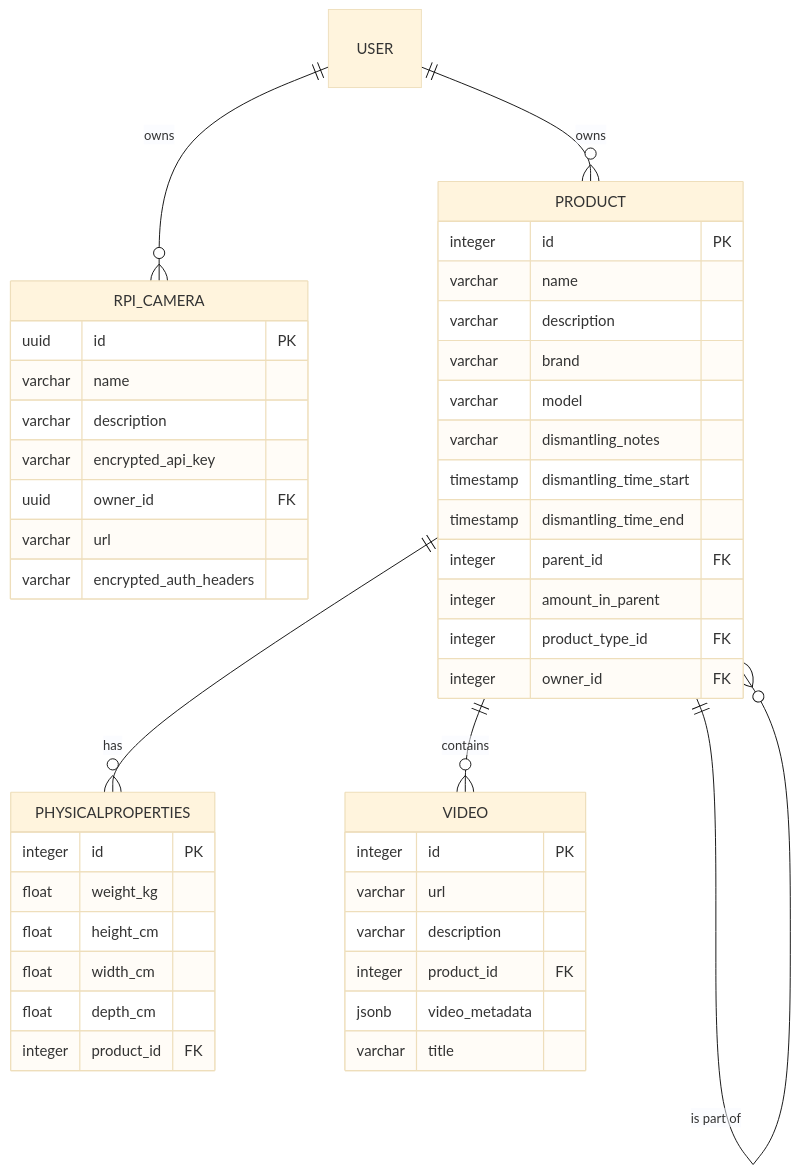
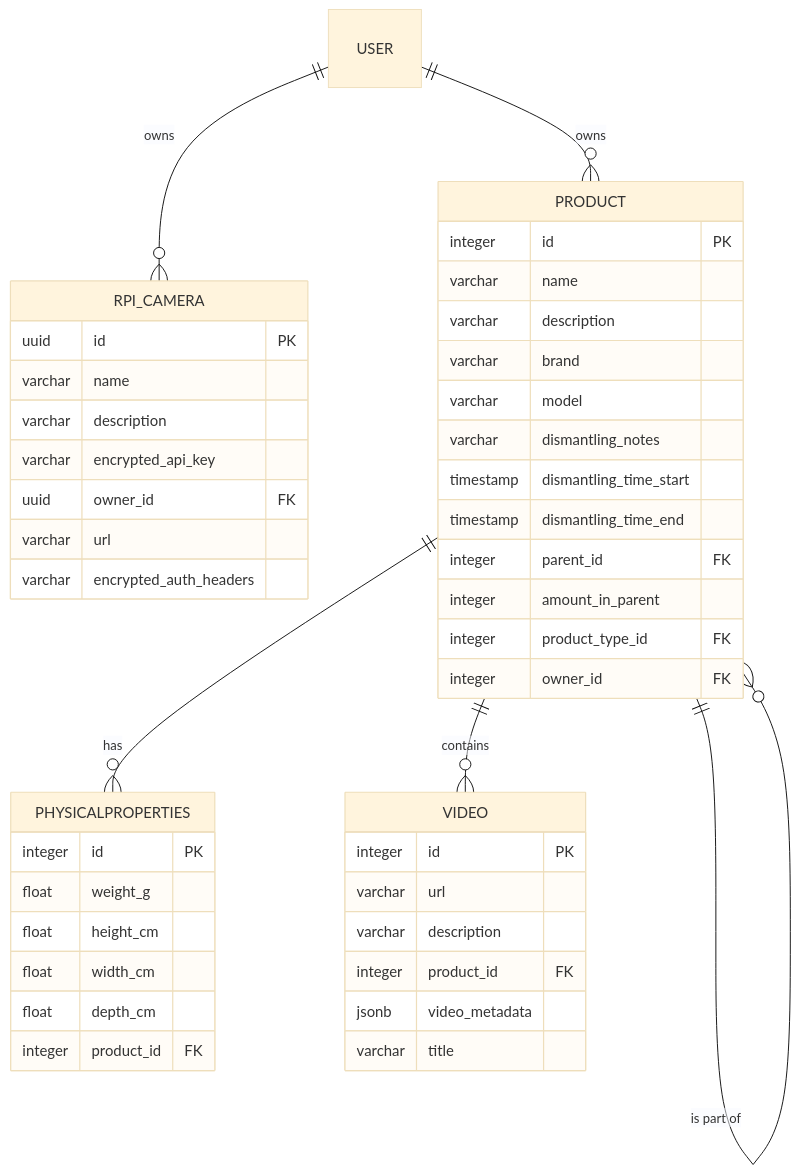
The fourth of 5 diagrams in docs/docs/architecture/datamodel.md (CMLPlatform/relab), drawn with Mermaid (base theme) before and after one commit. The commit also changed 9 other files, not shown here.

````diff
--- a/docs/docs/architecture/datamodel.md
+++ b/docs/docs/architecture/datamodel.md
@@ -181,51 +181,51 @@
 ```mermaid
 erDiagram
     RPI_CAMERA {
         uuid id PK
         varchar name
         varchar description
         varchar encrypted_api_key
         uuid owner_id FK
         varchar url
         varchar encrypted_auth_headers
     }
 
     PRODUCT {
         integer id PK
         varchar name
         varchar description
         varchar brand
         varchar model
         varchar dismantling_notes
         timestamp dismantling_time_start
         timestamp dismantling_time_end
         integer parent_id FK
         integer amount_in_parent
         integer product_type_id FK
         integer owner_id FK
     }
 
     PHYSICALPROPERTIES {
         integer id PK
-        float weight_kg
+        float weight_g
         float height_cm
         float width_cm
         float depth_cm
         integer product_id FK
     }
 
     VIDEO {
         integer id PK
         varchar url
         varchar description
         integer product_id FK
         jsonb video_metadata
         varchar title
     }
 
     USER ||--o{ RPI_CAMERA : "owns"
     USER ||--o{ PRODUCT : "owns"
     PRODUCT ||--o{ PHYSICALPROPERTIES : "has"
     PRODUCT ||--o{ VIDEO : "contains"
     PRODUCT ||--o{ PRODUCT : "is part of"
 ```
````
